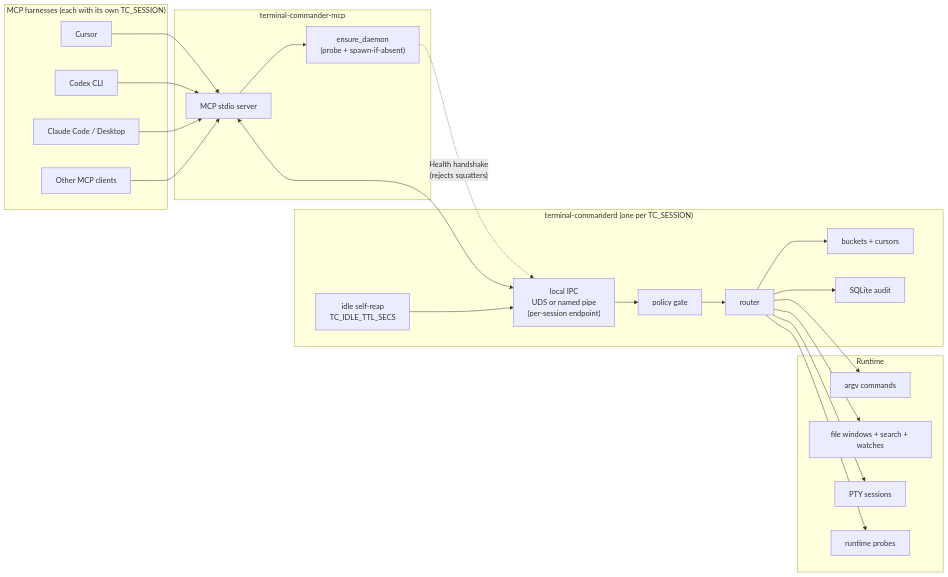
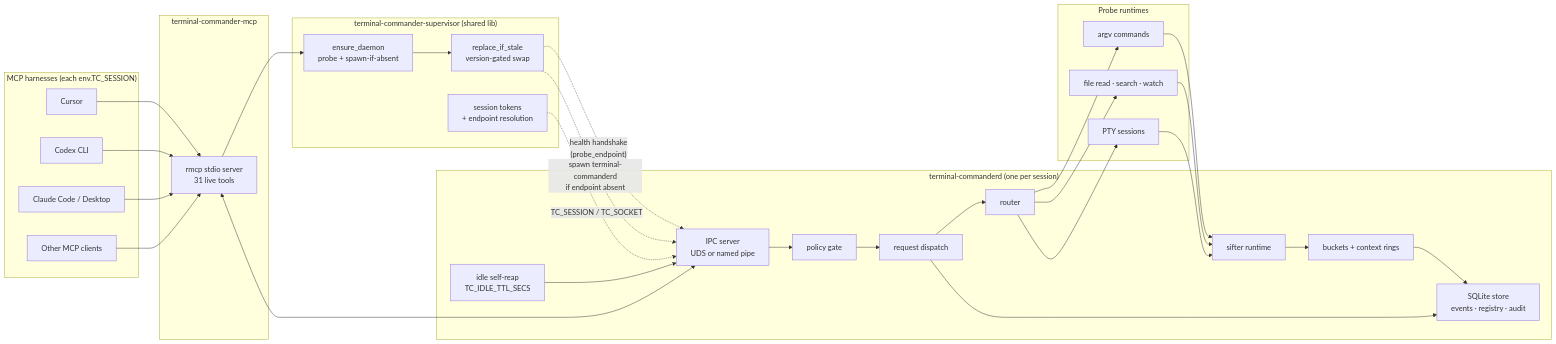
One commit to special-place-ai-heaven/terminal-commander changed the first of 2 diagrams in README.md. Above: the diagram before and after it, drawn with Mermaid. The commit also changed other lines of this file, not shown here.

Commit message:
docs(readme): refresh architecture and release diagrams from code
SymForge-backed update: supervisor bring-up path, daemon signal pipeline, 7-crate publish chain, and current crate layout.

````diff
--- a/README.md
+++ b/README.md
@@ -185,47 +185,60 @@
 ```mermaid
 flowchart LR
-  subgraph harness["MCP harnesses (each with its own TC_SESSION)"]
+  subgraph harness["MCP harnesses (each env.TC_SESSION)"]
     Cursor["Cursor"]
     Codex["Codex CLI"]
     Claude["Claude Code / Desktop"]
     Other["Other MCP clients"]
   end
 
-  subgraph adapter["terminal-commander-mcp"]
-    MCP["MCP stdio server"]
-    Ensure["ensure_daemon\n(probe + spawn-if-absent)"]
+  subgraph mcp["terminal-commander-mcp"]
+    Stdio["rmcp stdio server\n31 live tools"]
   end
 
-  subgraph daemon["terminal-commanderd (one per TC_SESSION)"]
-    IPC["local IPC\nUDS or named pipe\n(per-session endpoint)"]
+  subgraph sup["terminal-commander-supervisor (shared lib)"]
+    Ensure["ensure_daemon\nprobe + spawn-if-absent"]
+    Replace["replace_if_stale\nversion-gated swap"]
+    Session["session tokens\n+ endpoint resolution"]
+  end
+
+  subgraph daemon["terminal-commanderd (one per session)"]
+    IPC["IPC server\nUDS or named pipe"]
     Policy["policy gate"]
+    Dispatch["request dispatch"]
     Router["router"]
-    Buckets["buckets + cursors"]
-    Audit["SQLite audit"]
+    Sift["sifter runtime"]
+    Store["SQLite store\nevents · registry · audit"]
+    Buckets["buckets + context rings"]
     Idle["idle self-reap\nTC_IDLE_TTL_SECS"]
   end
 
-  subgraph runtime["Runtime"]
-    Commands["argv commands"]
-    Files["file windows + search + watches"]
+  subgraph runtimes["Probe runtimes"]
+    Cmd["argv commands"]
+    Files["file read · search · watch"]
     Pty["PTY sessions"]
-    Probes["runtime probes"]
   end
 
-  Cursor --> MCP
-  Codex --> MCP
-  Claude --> MCP
-  Other --> MCP
-  MCP --> Ensure
-  Ensure -. "Health handshake\n(rejects squatters)" .-> IPC
-  MCP <--> IPC
+  Cursor --> Stdio
+  Codex --> Stdio
+  Claude --> Stdio
+  Other --> Stdio
+  Stdio --> Ensure
+  Ensure --> Replace
+  Replace -. "health handshake\n(probe_endpoint)" .-> IPC
+  Replace -. "spawn terminal-commanderd\nif endpoint absent" .-> IPC
+  Stdio <--> IPC
   IPC --> Policy
-  Policy --> Router
-  Router --> Commands
+  Policy --> Dispatch
+  Dispatch --> Router
+  Router --> Cmd
   Router --> Files
   Router --> Pty
-  Router --> Probes
-  Router --> Buckets
-  Router --> Audit
+  Cmd --> Sift
+  Files --> Sift
+  Pty --> Sift
+  Sift --> Buckets
+  Buckets --> Store
+  Dispatch --> Store
   Idle --> IPC
+  Session -. "TC_SESSION / TC_SOCKET" .-> IPC
 ```
````
